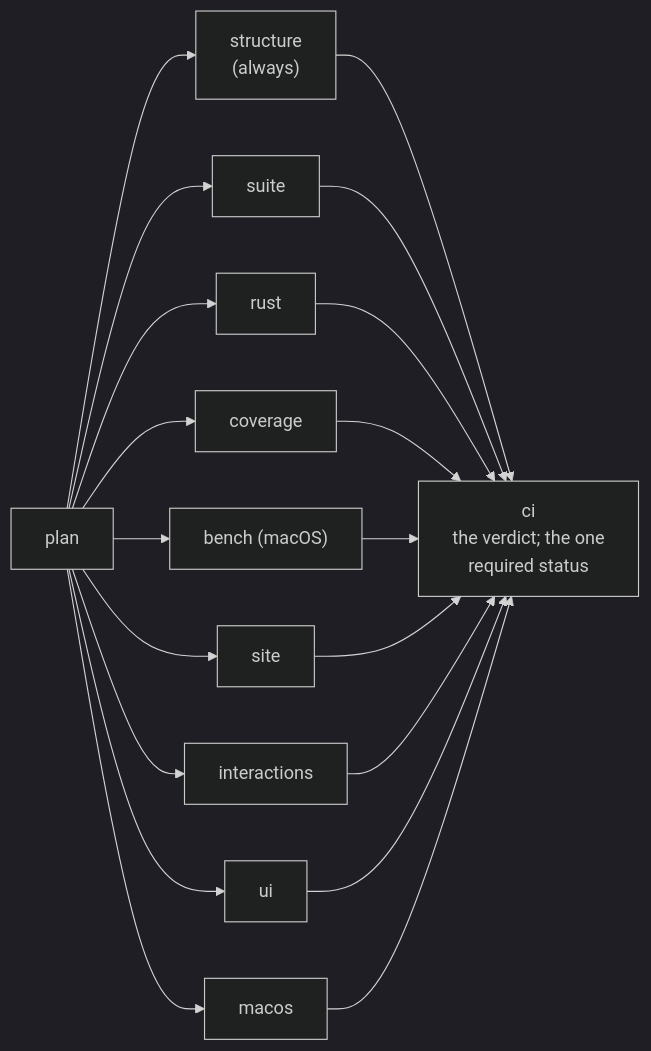
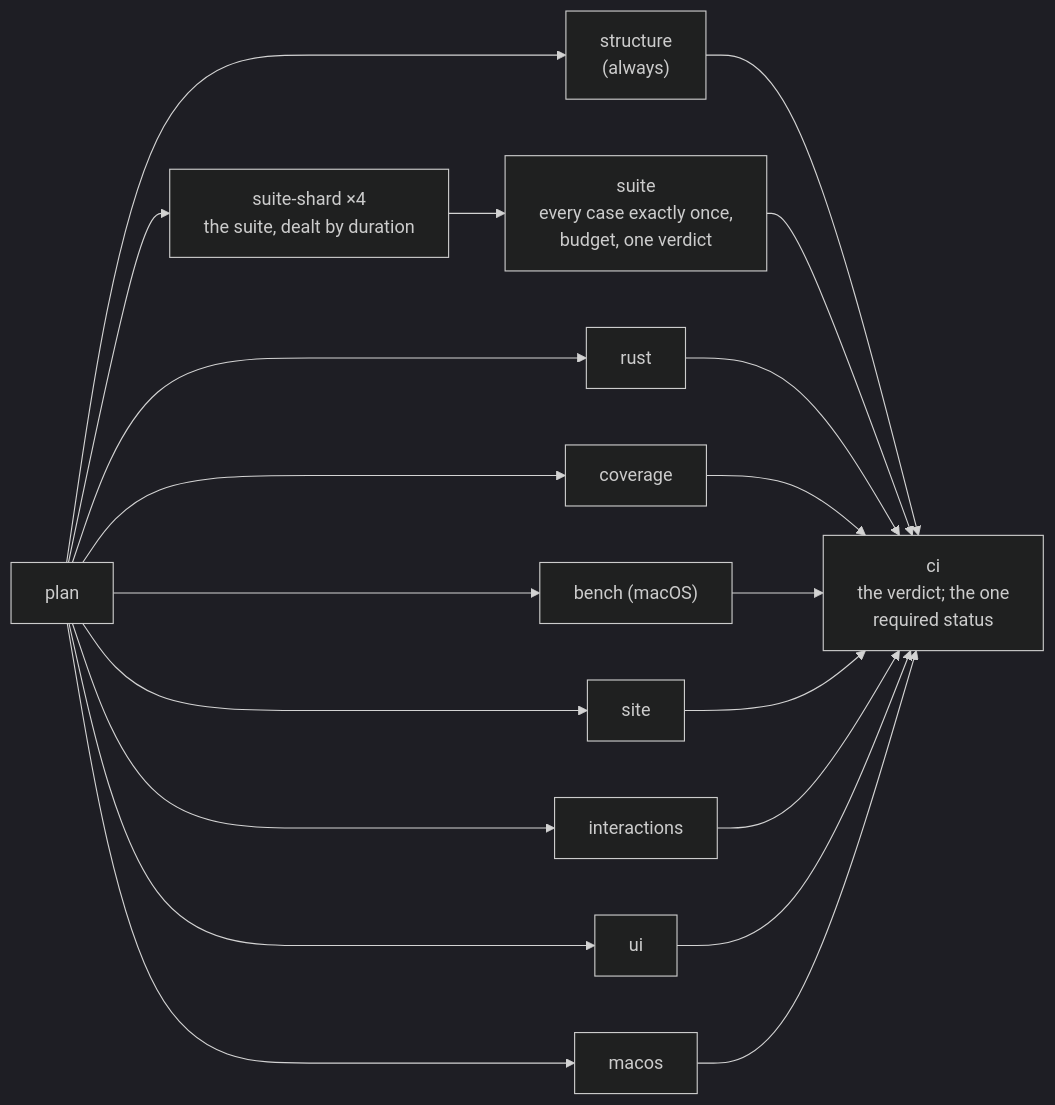
Before and after one commit to korczis/prismatic-majordomus: the first of 2 diagrams in docs/CI.md, drawn with Mermaid (dark theme). The commit also changed other lines of this file and 17 other files, not shown here.

````diff
--- a/docs/CI.md
+++ b/docs/CI.md
@@ -14,13 +14,14 @@
 ```mermaid
 flowchart LR
   plan["plan"] --> structure["structure<br>(always)"]
-  plan --> suite["suite"]
+  plan --> shards["suite-shard ×4<br>the suite, dealt by duration"]
+  shards --> suite["suite<br>every case exactly once,<br>budget, one verdict"]
   plan --> rust["rust"]
   plan --> coverage["coverage"]
   plan --> bench["bench (macOS)"]
   plan --> site["site"]
   plan --> interactions["interactions"]
   plan --> ui["ui"]
   plan --> macos["macos"]
   structure & suite & rust & coverage & bench & site & interactions & ui & macos --> ci["ci<br>the verdict; the one<br>required status"]
 ```
````
